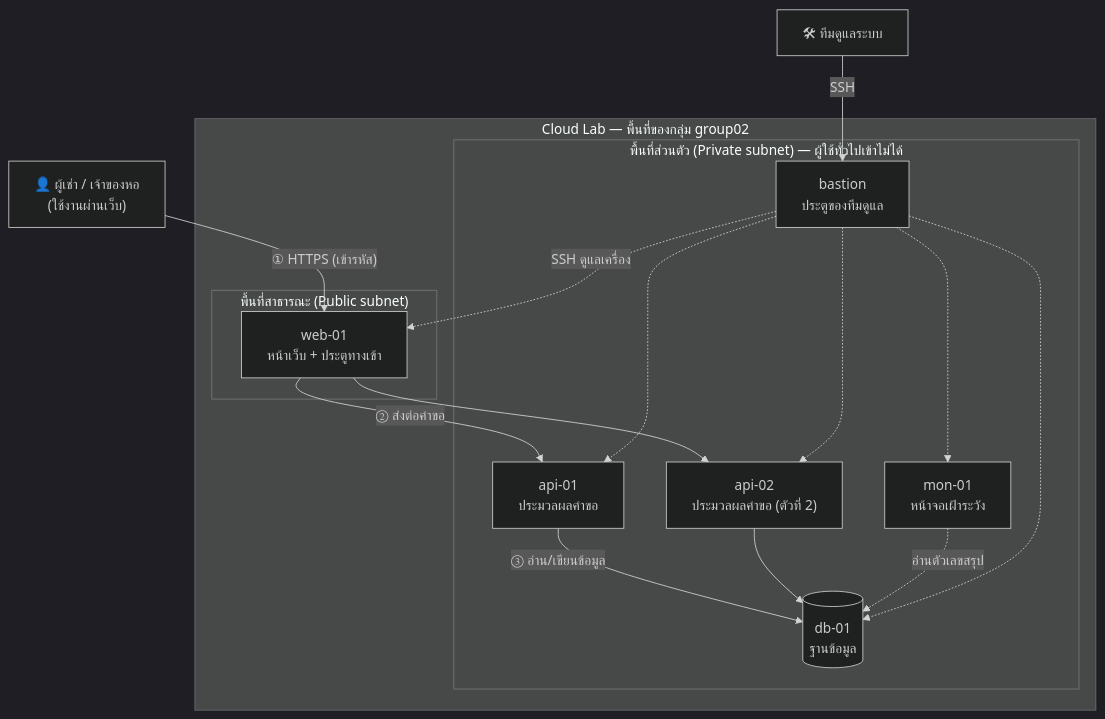
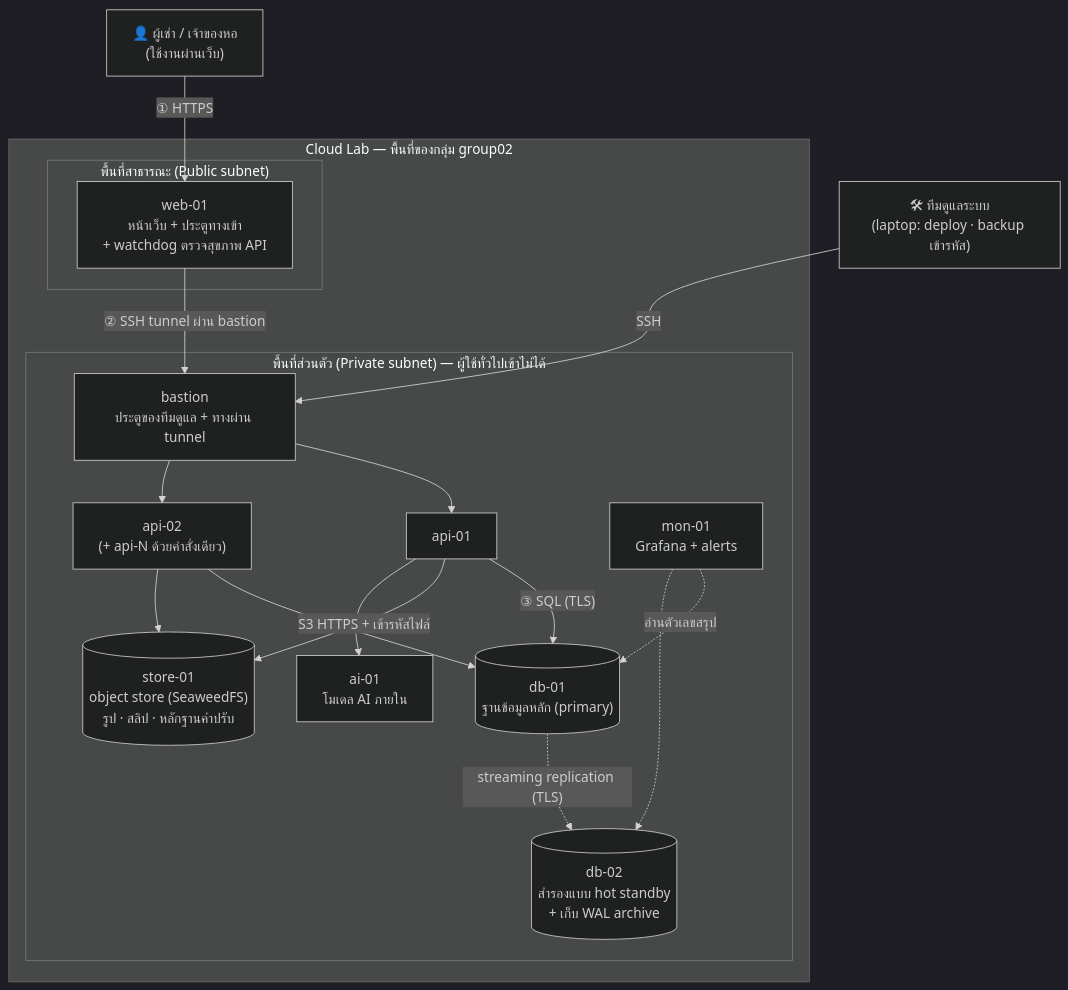
Before and after one commit to AnMayVaa/DormDesk: the diagram in docs/DormDesk_System_Architecture.md, drawn with Mermaid (dark theme). The commit also changed other lines of this file and 25 other files, not shown here.

First line of the commit message:
docs: architecture v2, DECISIONS.md, handoff/tracker/README, test evidence 2026-10-08

````diff
--- a/docs/DormDesk_System_Architecture.md
+++ b/docs/DormDesk_System_Architecture.md
@@ -18,29 +20,33 @@
 ```mermaid
 flowchart TB
     U["👤 ผู้เช่า / เจ้าของหอ<br/>(ใช้งานผ่านเว็บ)"]
-    T["🛠 ทีมดูแลระบบ"]
+    T["🛠 ทีมดูแลระบบ<br/>(laptop: deploy · backup เข้ารหัส)"]
     subgraph LAB["Cloud Lab — พื้นที่ของกลุ่ม group02"]
         subgraph PUB["พื้นที่สาธารณะ (Public subnet)"]
-            WEB["web-01<br/>หน้าเว็บ + ประตูทางเข้า"]
+            WEB["web-01<br/>หน้าเว็บ + ประตูทางเข้า<br/>+ watchdog ตรวจสุขภาพ API"]
         end
         subgraph PRIV["พื้นที่ส่วนตัว (Private subnet) — ผู้ใช้ทั่วไปเข้าไม่ได้"]
-            API1["api-01<br/>ประมวลผลคำขอ"]
-            API2["api-02<br/>ประมวลผลคำขอ (ตัวที่ 2)"]
-            DB[("db-01<br/>ฐานข้อมูล")]
-            MON["mon-01<br/>หน้าจอเฝ้าระวัง"]
-            BAS["bastion<br/>ประตูของทีมดูแล"]
+            BAS["bastion<br/>ประตูของทีมดูแล + ทางผ่าน tunnel"]
+            API1["api-01"]
+            API2["api-02<br/>(+ api-N ด้วยคำสั่งเดียว)"]
+            DB1[("db-01<br/>ฐานข้อมูลหลัก (primary)")]
+            DB2[("db-02<br/>สำรองแบบ hot standby<br/>+ เก็บ WAL archive")]
+            S3[("store-01<br/>object store (SeaweedFS)<br/>รูป · สลิป · หลักฐานค่าปรับ")]
+            AI["ai-01<br/>โมเดล AI ภายใน"]
+            MON["mon-01<br/>Grafana + alerts"]
         end
     end
-    U -->|"① HTTPS (เข้ารหัส)"| WEB
-    WEB -->|"② ส่งต่อคำขอ"| API1
-    WEB --> API2
-    API1 -->|"③ อ่าน/เขียนข้อมูล"| DB
-    API2 --> DB
-    MON -.->|"อ่านตัวเลขสรุป"| DB
+    U -->|"① HTTPS"| WEB
+    WEB -->|"② SSH tunnel ผ่าน bastion"| BAS
+    BAS --> API1
+    BAS --> API2
+    API1 -->|"③ SQL (TLS)"| DB1
+    API2 --> DB1
+    DB1 -.->|"streaming replication (TLS)"| DB2
+    API1 -->|"S3 HTTPS + เข้ารหัสไฟล์"| S3
+    API2 --> S3
+    API1 --> AI
+    MON -.->|"อ่านตัวเลขสรุป"| DB1
+    MON -.-> DB2
     T -->|"SSH"| BAS
-    BAS -.->|"SSH ดูแลเครื่อง"| WEB
-    BAS -.-> API1
-    BAS -.-> API2
-    BAS -.-> DB
-    BAS -.-> MON
 ```
````
